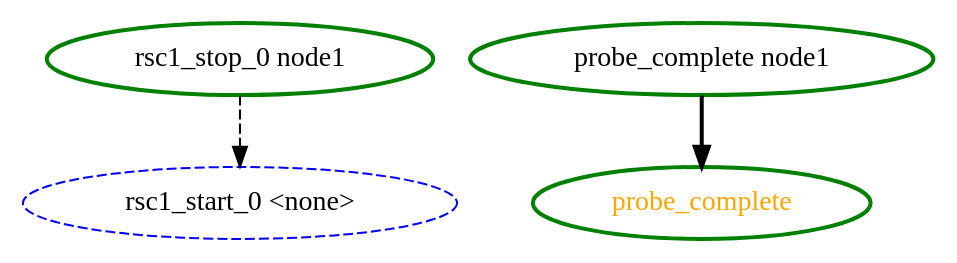
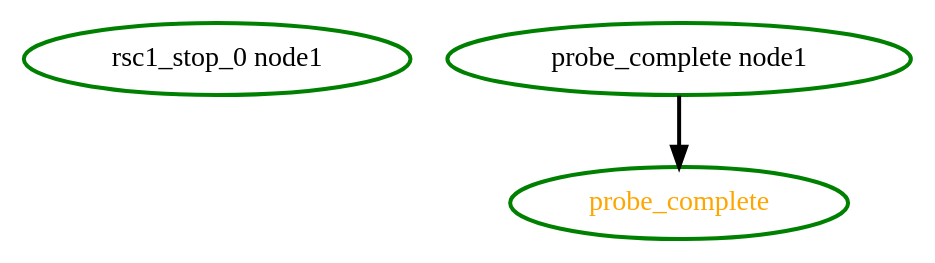
The diagram in crm/pengine/testcases/simple4.dot (richiewen8/heartbeat), drawn with Graphviz before and after one commit. The commit also changed 24 other files, not shown here.

```diff
--- a/crm/pengine/testcases/simple4.dot
+++ b/crm/pengine/testcases/simple4.dot
@@ -1,9 +1,7 @@
 digraph "g" {
 	size = "30,30"
-"rsc1_start_0 <none>" [ style="dashed" color="blue" fontcolor="black" ]
 "rsc1_stop_0 node1" [ style=bold color="green" fontcolor="black" ]
 "probe_complete" [ style=bold color="green" fontcolor="orange" ]
 "probe_complete node1" [ style=bold color="green" fontcolor="black" ]
-"rsc1_stop_0 node1" -> "rsc1_start_0 <none>" [ style = dashed]
 "probe_complete node1" -> "probe_complete" [ style = bold]
 }
```
